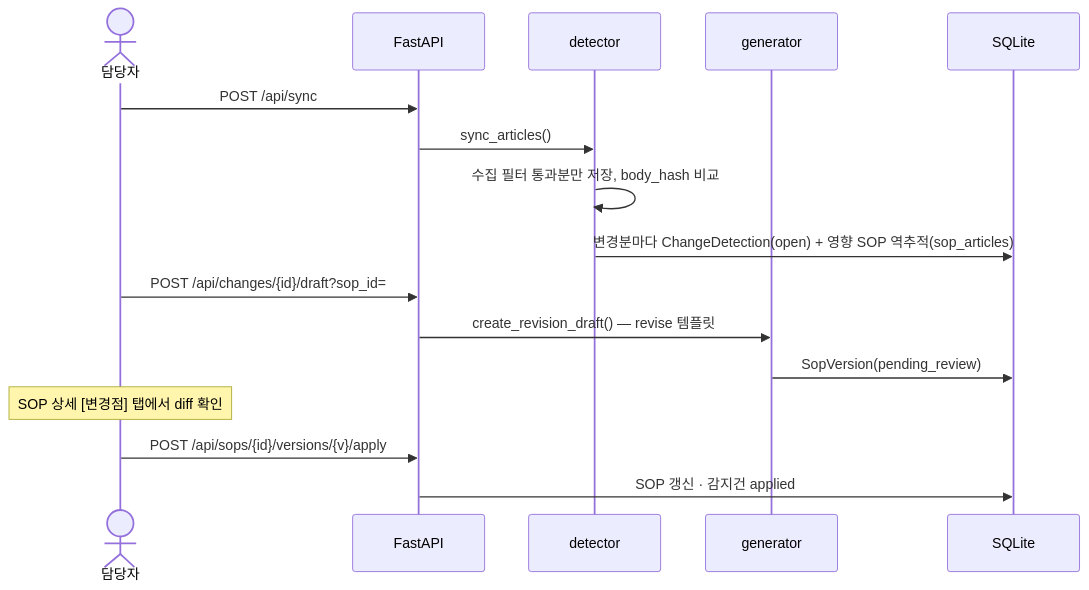
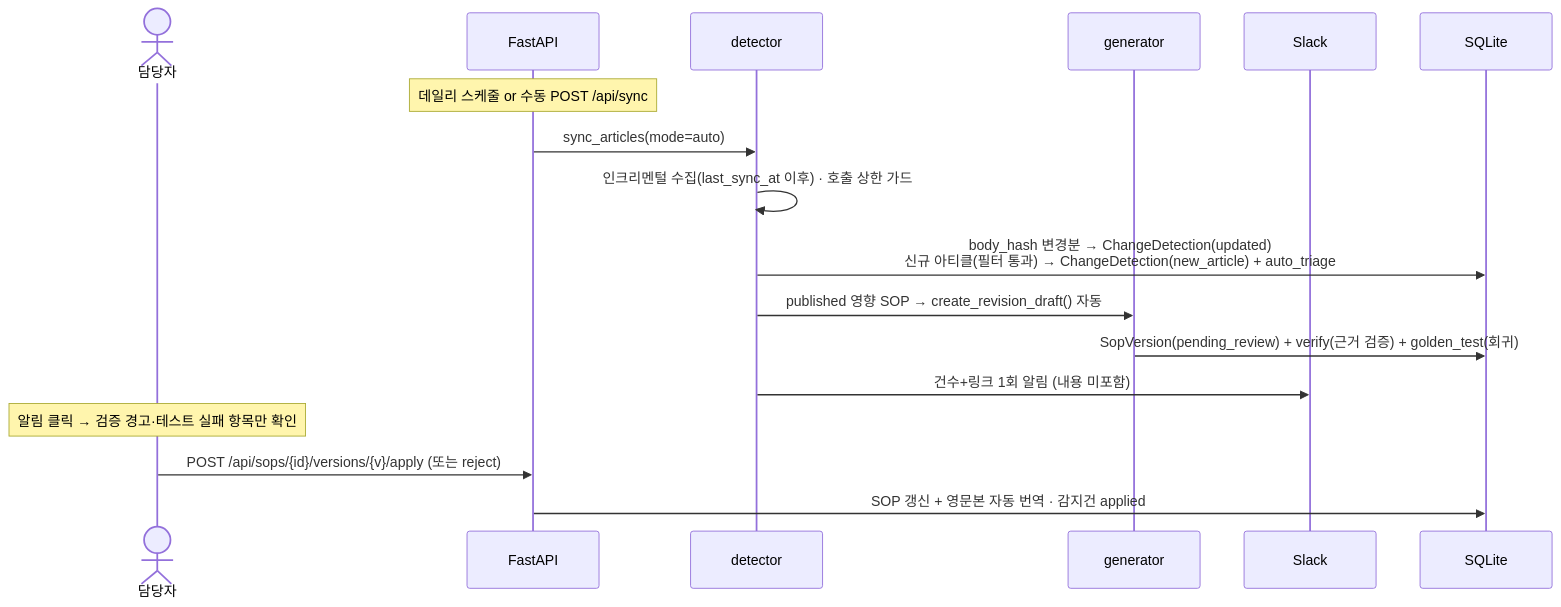
Before and after one commit to jinjjju/AI_SOP: the third of 6 diagrams in docs/ARCHITECTURE.md, drawn with Mermaid. The commit also changed other lines of this file and 23 other files, not shown here.

````diff
--- a/docs/ARCHITECTURE.md
+++ b/docs/ARCHITECTURE.md
@@ -119,19 +127,20 @@
 ```mermaid
 sequenceDiagram
     actor M as 담당자
     participant API as FastAPI
     participant D as detector
     participant G as generator
+    participant SL as Slack
     participant DB as SQLite
 
-    M->>API: POST /api/sync
-    API->>D: sync_articles()
-    D->>D: 수집 필터 통과분만 저장, body_hash 비교
-    D->>DB: 변경분마다 ChangeDetection(open) + 영향 SOP 역추적(sop_articles)
-    M->>API: POST /api/changes/{id}/draft?sop_id=
-    API->>G: create_revision_draft() — revise 템플릿
-    G->>DB: SopVersion(pending_review)
-    Note over M: SOP 상세 [변경점] 탭에서 diff 확인
-    M->>API: POST /api/sops/{id}/versions/{v}/apply
-    API->>DB: SOP 갱신 · 감지건 applied
+    Note over API: 데일리 스케줄 or 수동 POST /api/sync
+    API->>D: sync_articles(mode=auto)
+    D->>D: 인크리멘털 수집(last_sync_at 이후) · 호출 상한 가드
+    D->>DB: body_hash 변경분 → ChangeDetection(updated)<br/>신규 아티클(필터 통과) → ChangeDetection(new_article) + auto_triage
+    D->>G: published 영향 SOP → create_revision_draft() 자동
+    G->>DB: SopVersion(pending_review) + verify(근거 검증) + golden_test(회귀)
+    D->>SL: 건수+링크 1회 알림 (내용 미포함)
+    Note over M: 알림 클릭 → 검증 경고·테스트 실패 항목만 확인
+    M->>API: POST /api/sops/{id}/versions/{v}/apply (또는 reject)
+    API->>DB: SOP 갱신 + 영문본 자동 번역 · 감지건 applied
 ```
````
